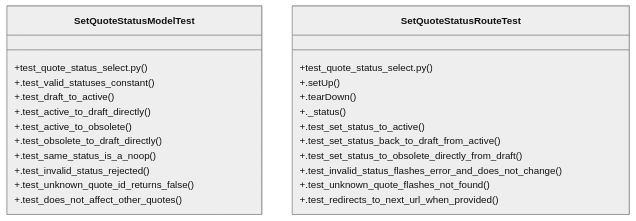
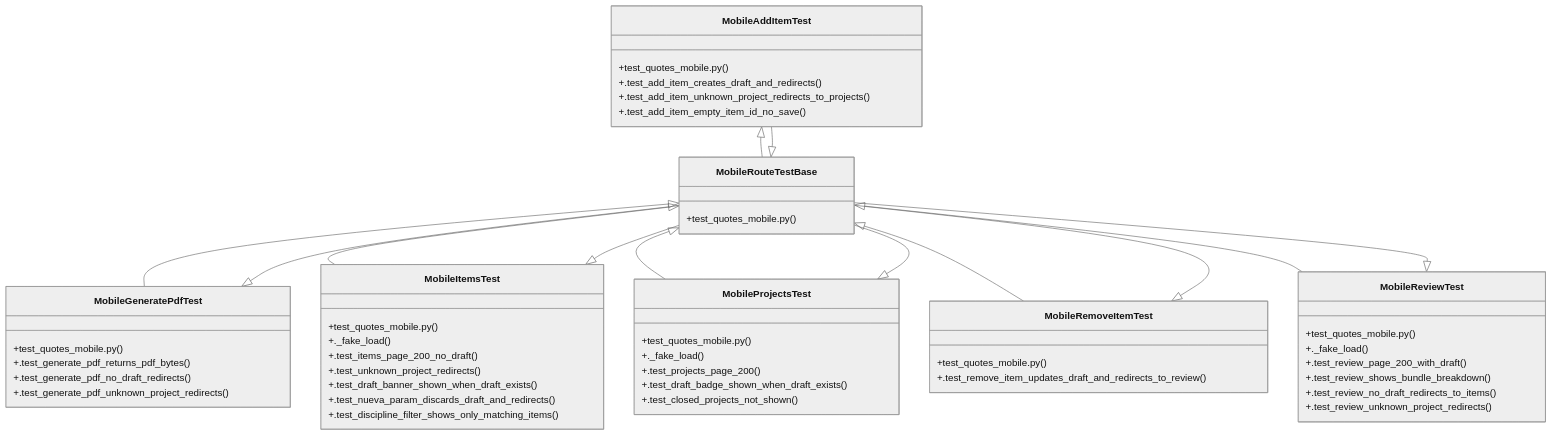
One commit to Daftrick/ProjectTracker changed the diagram in graphify-out/wiki/Community_15.md. Above: the diagram before and after it, drawn with Mermaid (neutral theme). The commit also changed other lines of this file and 540 other files, not shown here.

````diff
--- a/graphify-out/wiki/Community_15.md
+++ b/graphify-out/wiki/Community_15.md
@@ -36,27 +36,58 @@
 ```mermaid
 classDiagram
-    class SetQuoteStatusModelTest {
-        +test_quote_status_select.py()
-        +.test_valid_statuses_constant()
-        +.test_draft_to_active()
-        +.test_active_to_draft_directly()
-        +.test_active_to_obsolete()
-        +.test_obsolete_to_draft_directly()
-        +.test_same_status_is_a_noop()
-        +.test_invalid_status_rejected()
-        +.test_unknown_quote_id_returns_false()
-        +.test_does_not_affect_other_quotes()
+    class MobileAddItemTest {
+        +test_quotes_mobile.py()
+        +.test_add_item_creates_draft_and_redirects()
+        +.test_add_item_unknown_project_redirects_to_projects()
+        +.test_add_item_empty_item_id_no_save()
     }
-    class SetQuoteStatusRouteTest {
-        +test_quote_status_select.py()
-        +.setUp()
-        +.tearDown()
-        +._status()
-        +.test_set_status_to_active()
-        +.test_set_status_back_to_draft_from_active()
-        +.test_set_status_to_obsolete_directly_from_draft()
-        +.test_invalid_status_flashes_error_and_does_not_change()
-        +.test_unknown_quote_flashes_not_found()
-        +.test_redirects_to_next_url_when_provided()
+    class MobileGeneratePdfTest {
+        +test_quotes_mobile.py()
+        +.test_generate_pdf_returns_pdf_bytes()
+        +.test_generate_pdf_no_draft_redirects()
+        +.test_generate_pdf_unknown_project_redirects()
     }
+    class MobileItemsTest {
+        +test_quotes_mobile.py()
+        +._fake_load()
+        +.test_items_page_200_no_draft()
+        +.test_unknown_project_redirects()
+        +.test_draft_banner_shown_when_draft_exists()
+        +.test_nueva_param_discards_draft_and_redirects()
+        +.test_discipline_filter_shows_only_matching_items()
+    }
+    class MobileProjectsTest {
+        +test_quotes_mobile.py()
+        +._fake_load()
+        +.test_projects_page_200()
+        +.test_draft_badge_shown_when_draft_exists()
+        +.test_closed_projects_not_shown()
+    }
+    class MobileRemoveItemTest {
+        +test_quotes_mobile.py()
+        +.test_remove_item_updates_draft_and_redirects_to_review()
+    }
+    class MobileReviewTest {
+        +test_quotes_mobile.py()
+        +._fake_load()
+        +.test_review_page_200_with_draft()
+        +.test_review_shows_bundle_breakdown()
+        +.test_review_no_draft_redirects_to_items()
+        +.test_review_unknown_project_redirects()
+    }
+    class MobileRouteTestBase {
+        +test_quotes_mobile.py()
+    }
+    MobileRouteTestBase <|-- MobileAddItemTest
+    MobileRouteTestBase <|-- MobileGeneratePdfTest
+    MobileRouteTestBase <|-- MobileItemsTest
+    MobileRouteTestBase <|-- MobileProjectsTest
+    MobileRouteTestBase <|-- MobileRemoveItemTest
+    MobileRouteTestBase <|-- MobileReviewTest
+    MobileProjectsTest <|-- MobileRouteTestBase
+    MobileItemsTest <|-- MobileRouteTestBase
+    MobileAddItemTest <|-- MobileRouteTestBase
+    MobileRemoveItemTest <|-- MobileRouteTestBase
+    MobileReviewTest <|-- MobileRouteTestBase
+    MobileGeneratePdfTest <|-- MobileRouteTestBase
 ```
````
